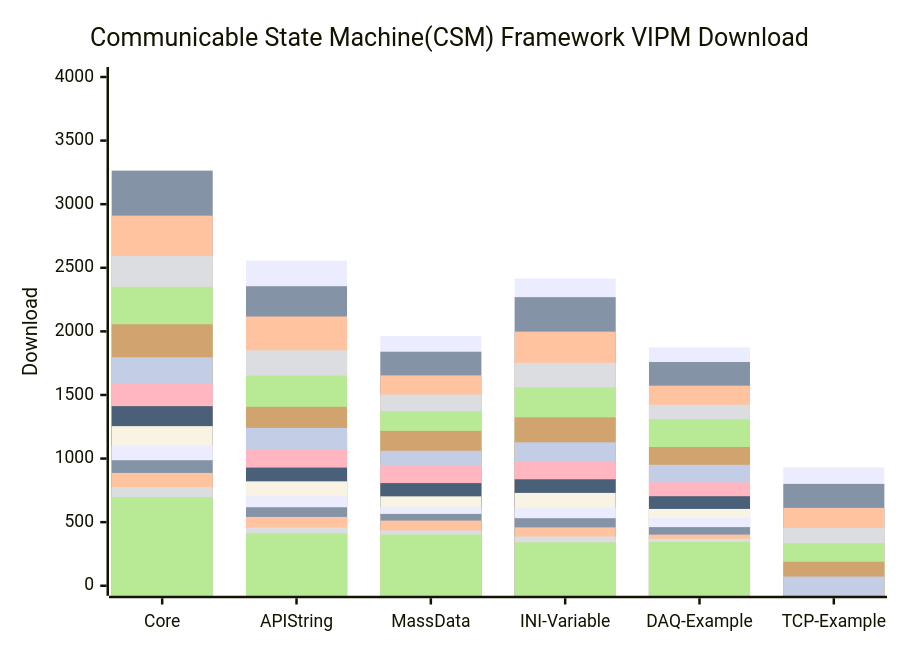
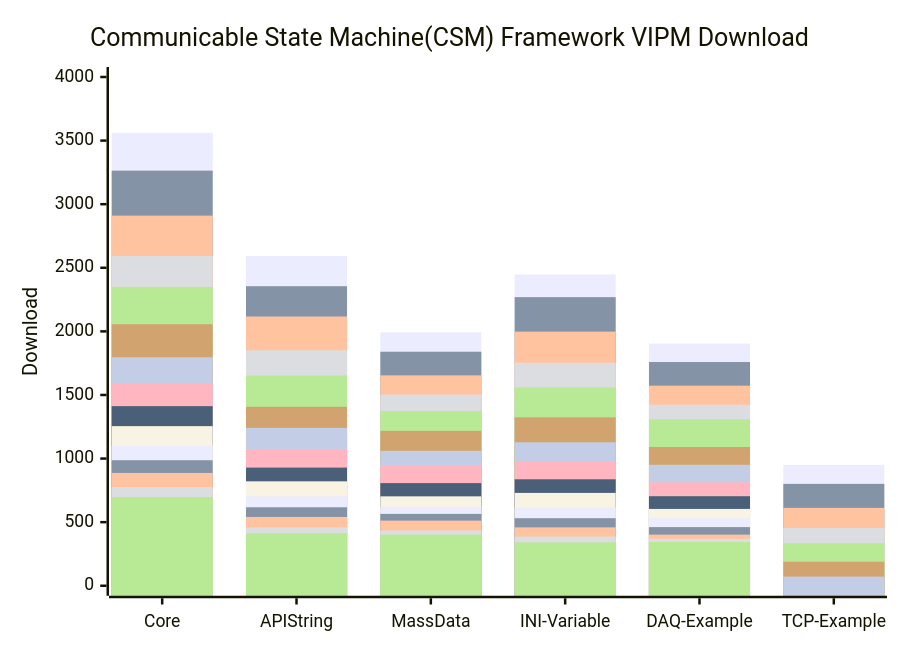
Before and after one commit to NEVSTOP-LAB/.github: the diagram in profile/README.md, drawn with Mermaid.

````diff
--- a/profile/README.md
+++ b/profile/README.md
@@ -31,21 +31,21 @@
 ```mermaid
     xychart-beta
     title "Communicable State Machine(CSM) Framework VIPM Download"
     x-axis [Core, API String, MassData, INI-Variable, DAQ-Example, TCP-Example]
     y-axis "Download" 0 --> 4000
-    bar   [2508, 2557, 1963, 2416, 1875, 931]
+    bar   [3561, 2593, 1993, 2447, 1904, 950]
     bar   [3264, 2355, 1840, 2269, 1759, 801]
     bar   [2910, 2117, 1654, 1998, 1573, 612]
     bar   [2593, 1851, 1503, 1753, 1423, 454]
     bar   [2350, 1653, 1374, 1559, 1308, 334]
     bar   [2056, 1407, 1218, 1324, 1091, 189]
     bar   [1797, 1241, 1061, 1128, 951, 72]
     bar   [1590, 1074, 945, 974, 813]
     bar   [1412, 929, 807, 837, 704]
     bar   [1255, 821, 703, 730, 604]
     bar   [1101, 703, 621, 615, 532]
     bar   [987, 617, 565, 531, 461]
     bar   [887, 541, 512, 459, 402]
     bar   [776, 459, 435, 387, 369]
     bar   [698, 412, 402, 341, 344]
 ```
````
